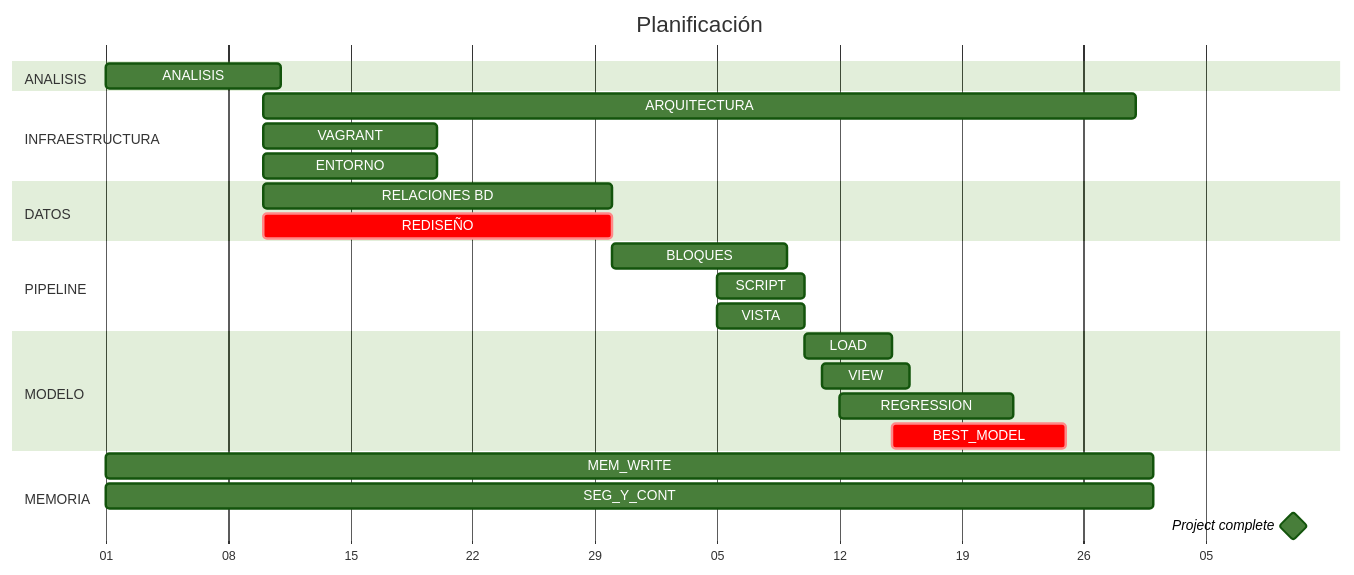
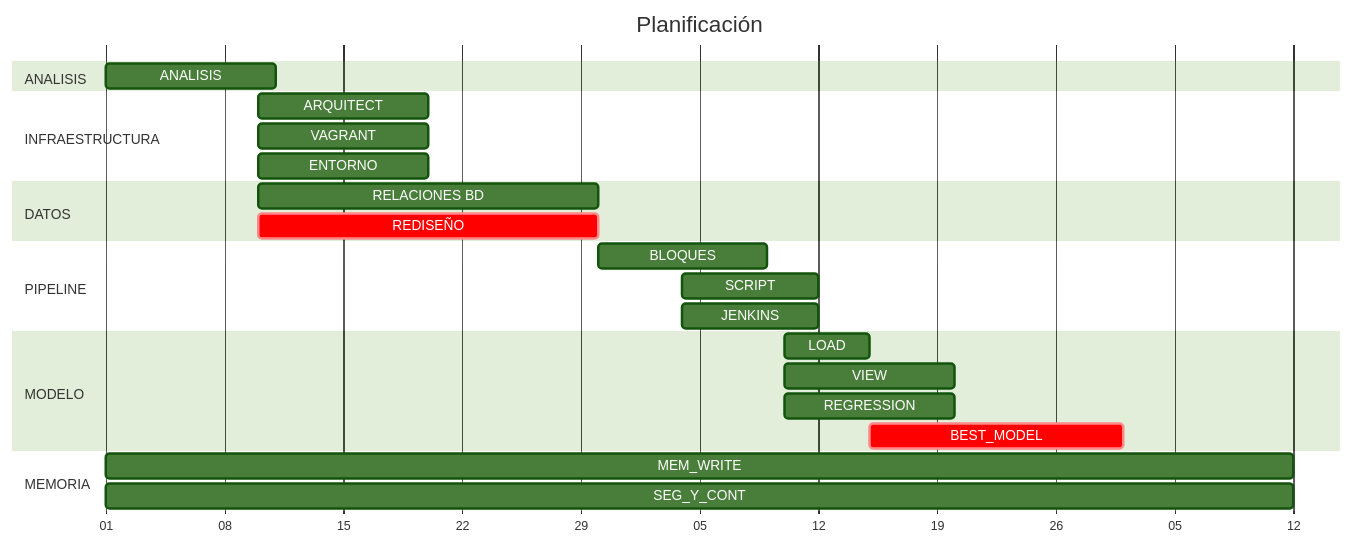
One commit to alesteba/tfg_mem changed the diagram in 2-plan/Gantt.md. Above: the diagram before and after it, drawn with Mermaid (forest theme). The commit also changed 14 other files, not shown here.

````diff
--- a/2-plan/Gantt.md
+++ b/2-plan/Gantt.md
@@ -4,35 +4,33 @@
 ```mermaid
 gantt
     title Planificación
     dateFormat  DD-MM
     axisFormat  %d
     
 	section ANALISIS
     ANALISIS: 01-01, 10d
 	
 	section INFRAESTRUCTURA
-    ARQUITECTURA: 10-01, 50d
+    ARQUITECT : 10-01, 10d
     VAGRANT: 10-01, 10d
     ENTORNO: 10-01, 10d
     
 	section DATOS
     RELACIONES BD: 10-01, 20d
     REDISEÑO: crit, 10-01, 20d
     
 	section PIPELINE
-    BLOQUES:  30-01, 10d
-    SCRIPT: 05-02, 5d
-    VISTA: 05-02, 5d
+    BLOQUES: 30-01, 10d
+    SCRIPT: 04-02, 8d
+    JENKINS: 04-02, 8d
     
     section MODELO
     LOAD: 10-02, 5d
-    VIEW: 11-02, 5d
-	REGRESSION: 12-02, 10d
-    BEST_MODEL: crit, 15-02, 10d
+    VIEW: 10-02, 10d
+	REGRESSION: 10-02, 10d
+    BEST_MODEL: crit, 15-02, 15d
 
 	section MEMORIA
-	MEM_WRITE: 01-01, 60d
-    SEG_Y_CONT: 01-01, 60d
-	
-    Project complete: milestone, 10-03, 0d
+	MEM_WRITE: 01-01, 70d
+    SEG_Y_CONT: 01-01, 70d
 ```
````
